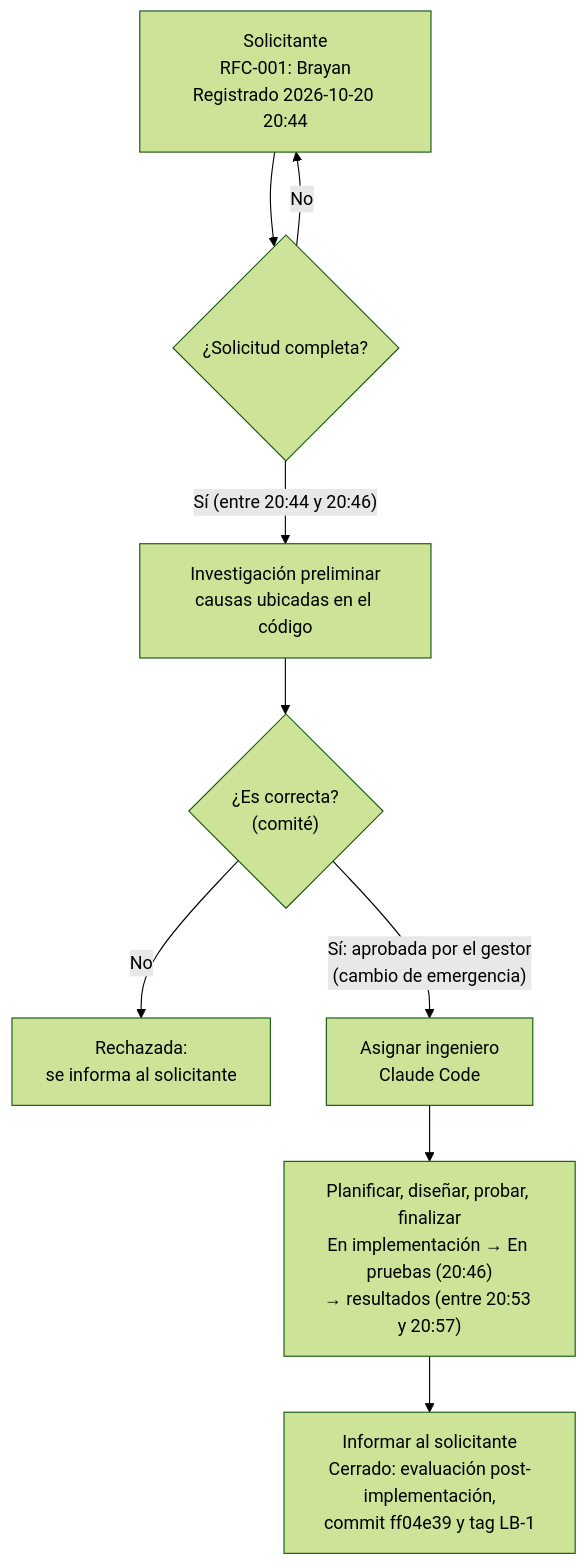
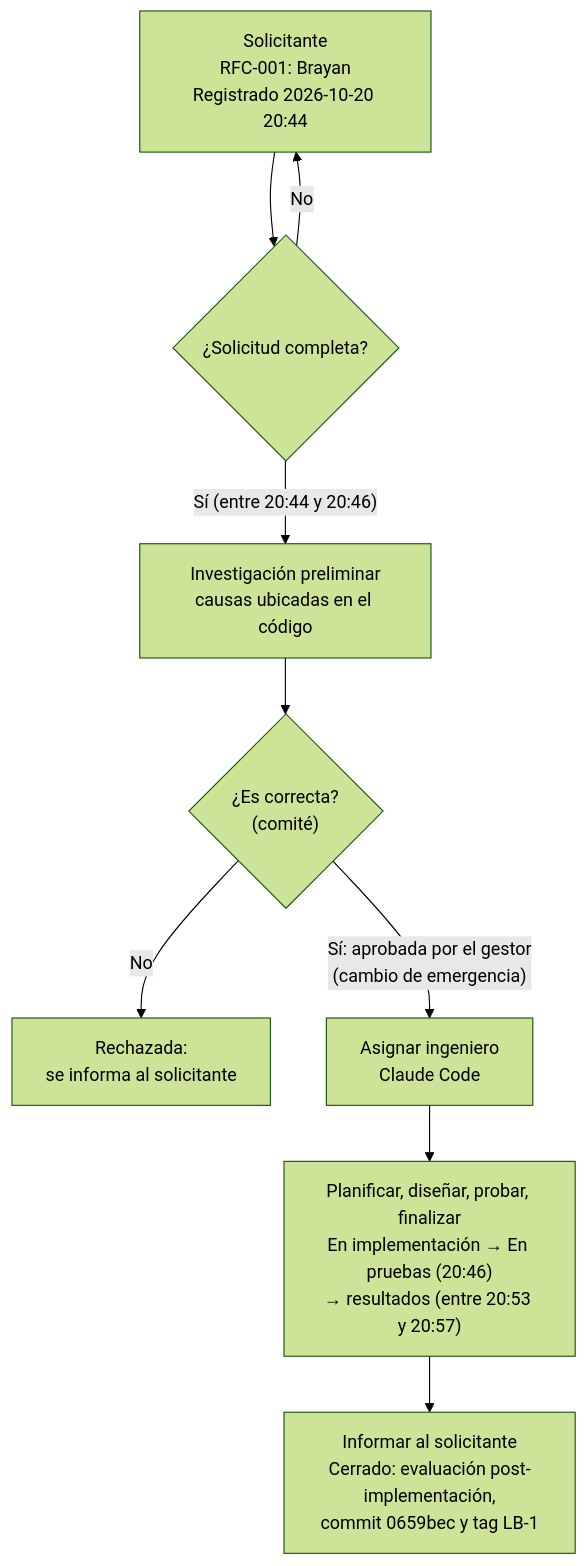
Before and after one commit to BrayanH0/posta-medica-valdiviezo: the diagram in docs/entrega/GUIA_PRESENTACION.md, drawn with Mermaid (forest theme). The commit also changed 12 other files, not shown here.

````diff
--- a/docs/entrega/GUIA_PRESENTACION.md
+++ b/docs/entrega/GUIA_PRESENTACION.md
@@ -54,11 +54,11 @@
 ```mermaid
 flowchart TD
     S["Solicitante<br/>RFC-001: Brayan<br/>Registrado 2026-10-20 20:44"] --> C{"¿Solicitud completa?"}
     C -- "No" --> S
     C -- "Sí (entre 20:44 y 20:46)" --> I["Investigación preliminar<br/>causas ubicadas en el código"]
     I --> E{"¿Es correcta?<br/>(comité)"}
     E -- "No" --> R["Rechazada:<br/>se informa al solicitante"]
     E -- "Sí: aprobada por el gestor<br/>(cambio de emergencia)" --> A["Asignar ingeniero<br/>Claude Code"]
     A --> P["Planificar, diseñar, probar, finalizar<br/>En implementación → En pruebas (20:46)<br/>→ resultados (entre 20:53 y 20:57)"]
-    P --> F["Informar al solicitante<br/>Cerrado: evaluación post-implementación,<br/>commit ff04e39 y tag LB-1"]
+    P --> F["Informar al solicitante<br/>Cerrado: evaluación post-implementación,<br/>commit 0659bec y tag LB-1"]
 ```
````
